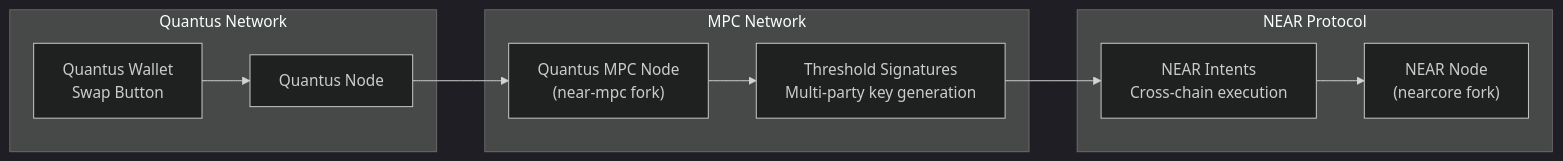
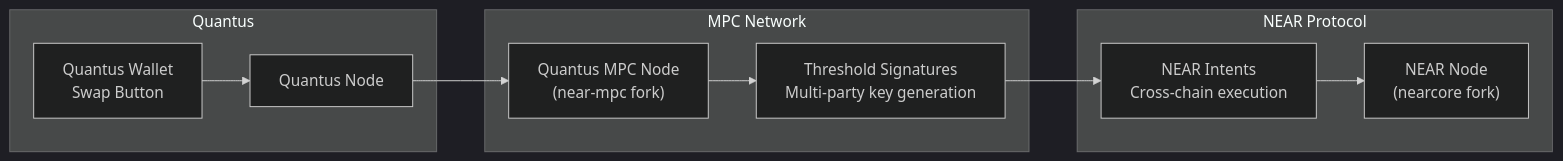
One commit to Quantus-Network/docs changed the diagram in docs/deep-dives/near-integration.md. Above: the diagram before and after it, drawn with Mermaid (dark theme). The commit also changed 18 other files, not shown here.

````diff
--- a/docs/deep-dives/near-integration.md
+++ b/docs/deep-dives/near-integration.md
@@ -20,23 +20,23 @@
 ```mermaid
 graph LR
-    subgraph Quantus["Quantus Network"]
+    subgraph Quantus["Quantus"]
         Wallet["Quantus Wallet<br/>Swap Button"]
         Node["Quantus Node"]
     end
 
     subgraph MPC["MPC Network"]
         MPCNode["Quantus MPC Node<br/>(near-mpc fork)"]
         Threshold["Threshold Signatures<br/>Multi-party key generation"]
     end
 
     subgraph Near["NEAR Protocol"]
         Intents["NEAR Intents<br/>Cross-chain execution"]
         NEARNode["NEAR Node<br/>(nearcore fork)"]
     end
 
     Wallet --> Node
     Node --> MPCNode
     MPCNode --> Threshold
     Threshold --> Intents
     Intents --> NEARNode
 ```
````
